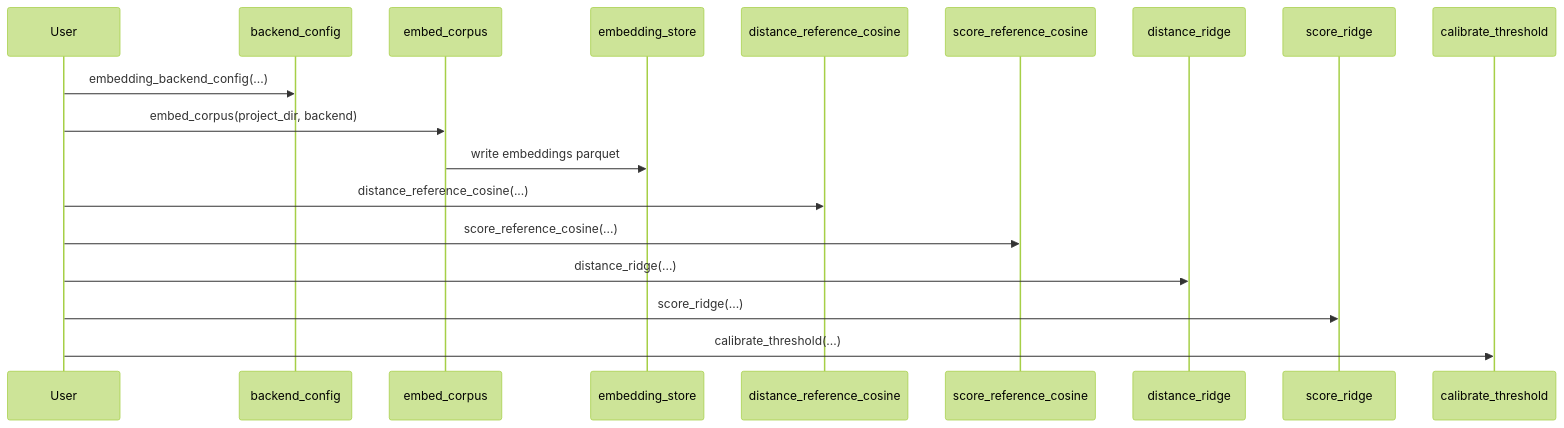
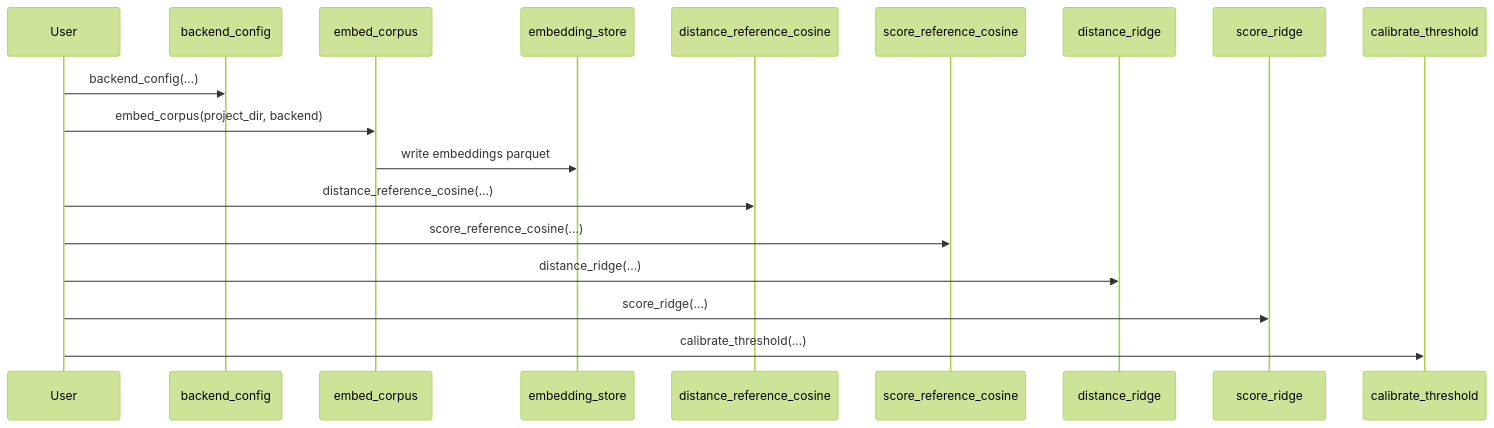
Before and after one commit to openalexPro/openalexVectorComp: the third of 5 diagrams in vignettes/package-overview.qmd, drawn with Mermaid (forest theme). The commit also changed other lines of this file and 46 other files, not shown here.

````diff
--- a/vignettes/package-overview.qmd
+++ b/vignettes/package-overview.qmd
@@ -139,21 +139,21 @@
 ```{mermaid}
 sequenceDiagram
   participant U as User
   participant BC as backend_config
   participant EC as embed_corpus
   participant ES as embedding_store
   participant DP as distance_reference_cosine
   participant SCP as score_reference_cosine
   participant DR as distance_ridge
   participant SR as score_ridge
   participant CT as calibrate_threshold
 
-  U->>BC: embedding_backend_config(...)
+  U->>BC: backend_config(...)
   U->>EC: embed_corpus(project_dir, backend)
   EC->>ES: write embeddings parquet
   U->>DP: distance_reference_cosine(...)
   U->>SCP: score_reference_cosine(...)
   U->>DR: distance_ridge(...)
   U->>SR: score_ridge(...)
   U->>CT: calibrate_threshold(...)
 ```
````
